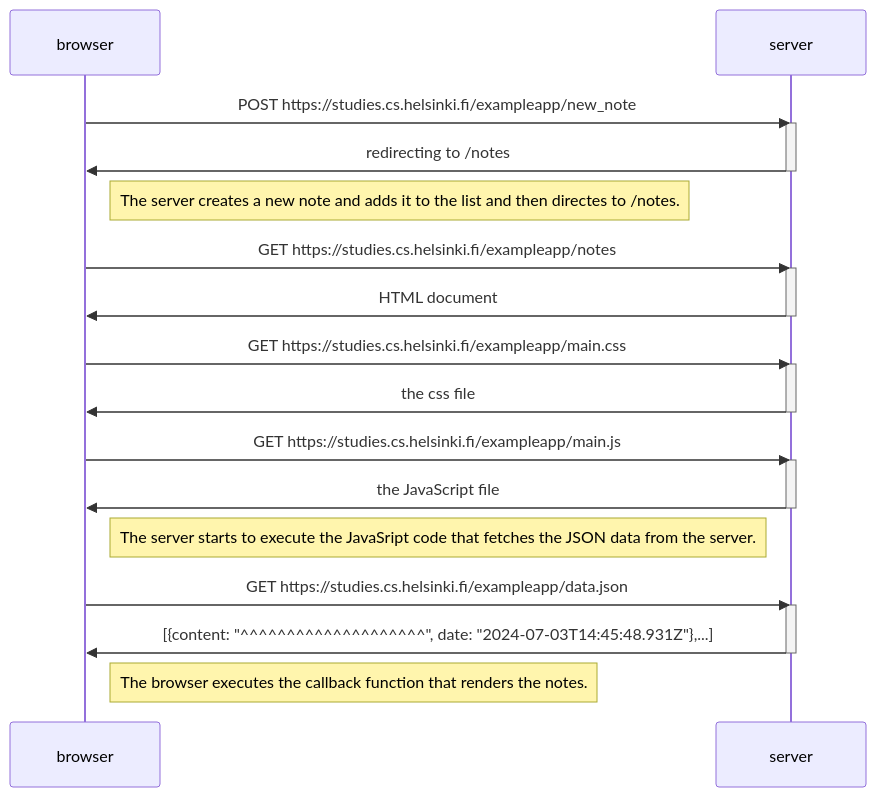
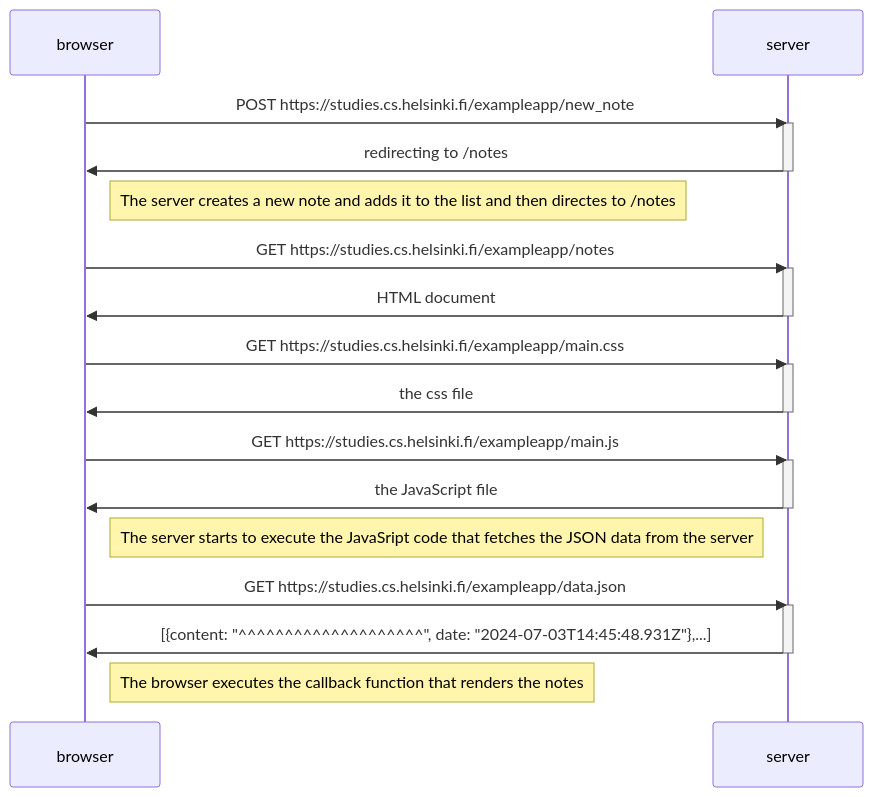
One commit to jennavahtera/fullstack changed the diagram in osa0/04uusimuistiinpano.md. Above: the diagram before and after it, drawn with Mermaid.

````diff
--- a/osa0/04uusimuistiinpano.md
+++ b/osa0/04uusimuistiinpano.md
@@ -1,38 +1,38 @@
 ```mermaid
 sequenceDiagram
 
 	participant browser
 	participant server
 
 	browser->>server: POST https://studies.cs.helsinki.fi/exampleapp/new_note
 	activate server
 	server->>browser: redirecting to /notes
 	deactivate server
  
- 	Note right of browser: The server creates a new note and adds it to the list and then directes to /notes.
+ 	Note right of browser: The server creates a new note and adds it to the list and then directes to /notes
 
 	browser->>server: GET https://studies.cs.helsinki.fi/exampleapp/notes
 	activate server
 	server->>browser: HTML document
 	deactivate server
 
 	browser->>server: GET https://studies.cs.helsinki.fi/exampleapp/main.css
 	activate server
 	server->>browser: the css file
 	deactivate server
 
 	browser->>server: GET https://studies.cs.helsinki.fi/exampleapp/main.js
 	activate server
 	server->>browser: the JavaScript file
 	deactivate server
 
- Note right of browser: The server starts to execute the JavaSript code that fetches the JSON data from the server.
+ Note right of browser: The server starts to execute the JavaSript code that fetches the JSON data from the server
 
 	browser->>server: GET https://studies.cs.helsinki.fi/exampleapp/data.json
 	activate server
 	server->>browser: [{content: "^^^^^^^^^^^^^^^^^^^^", date: "2024-07-03T14:45:48.931Z"},...]
 	deactivate server
 
 
- Note right of browser: The browser executes the callback function that renders the notes.
+ Note right of browser: The browser executes the callback function that renders the notes
 ```
````
